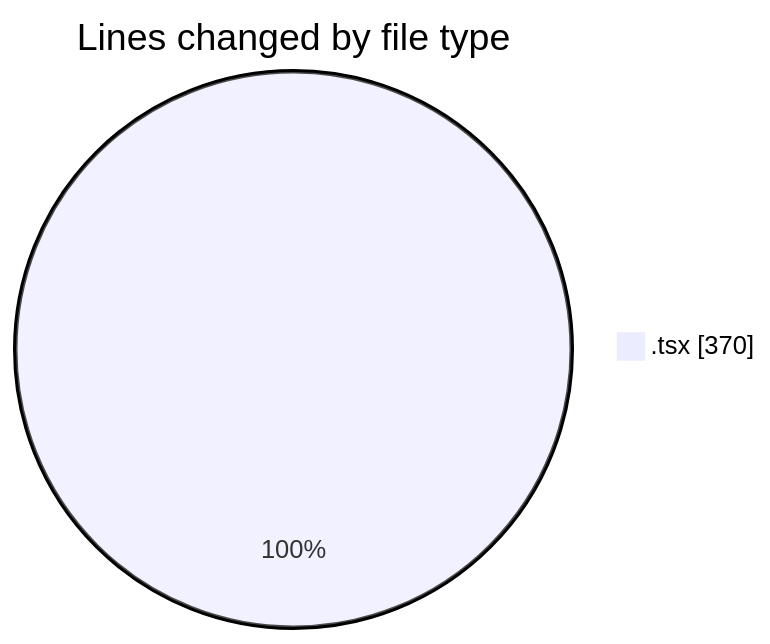
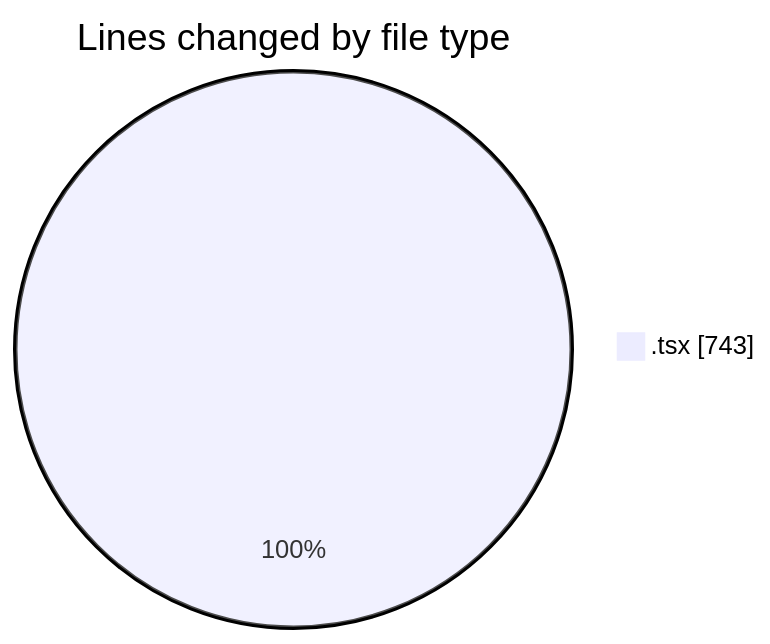
One commit to robertbonfada/code-tracking changed the first of 2 diagrams in 2025-08-27/loja-mbc-web/README.md. Above: the diagram before and after it, drawn with Mermaid. The commit also changed other lines of this file and 1 other file, not shown here.

````diff
--- a/2025-08-27/loja-mbc-web/README.md
+++ b/2025-08-27/loja-mbc-web/README.md
@@ -20,5 +20,5 @@
 ```mermaid
 pie showData
 title Lines changed by file type
-".tsx" : 370
+".tsx" : 743
 ```
````
